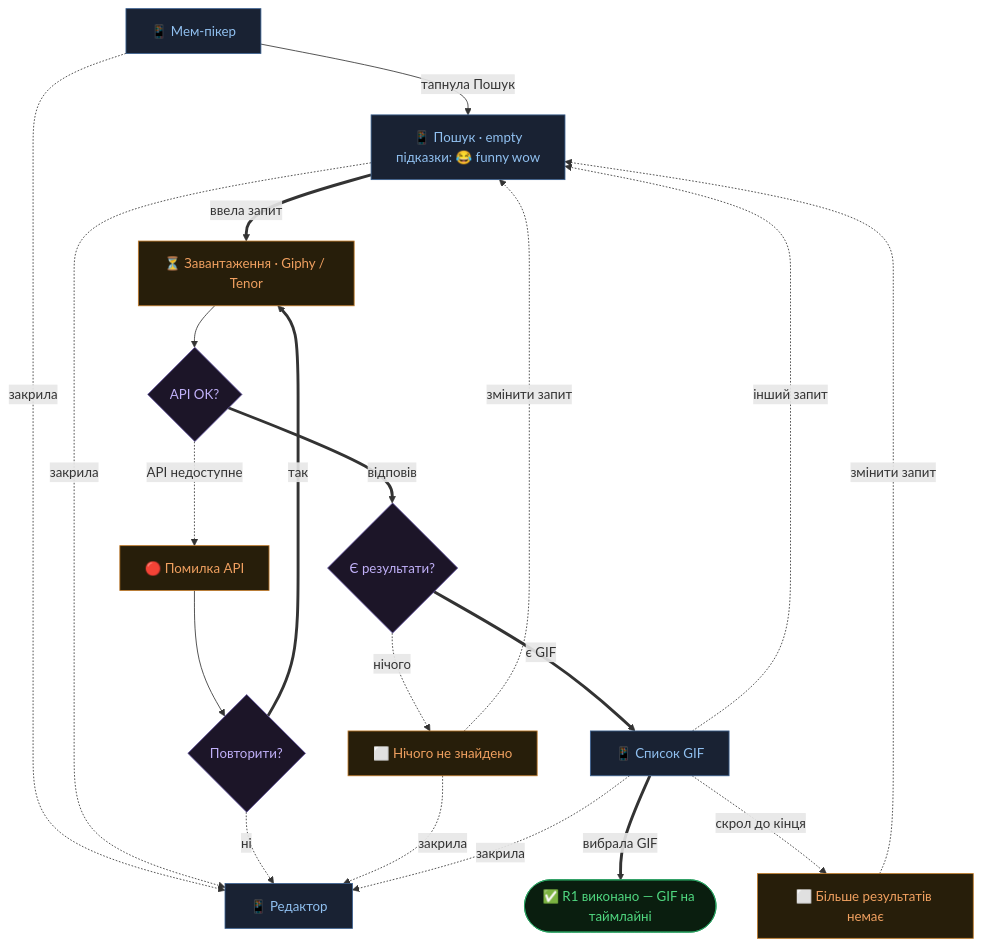
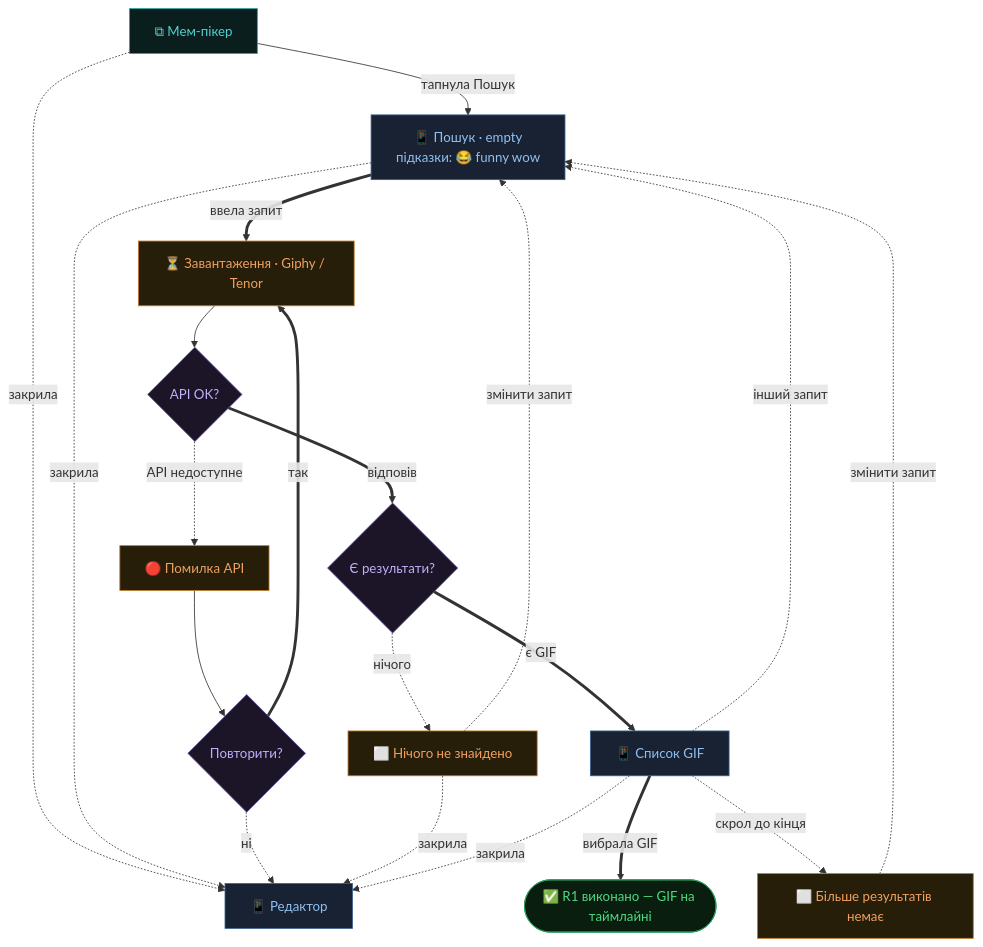
One commit to Zhmenya92/Memkat changed the second of 6 diagrams in research/flows.md. Above: the diagram before and after it, drawn with Mermaid. The commit also changed other lines of this file and 3 other files, not shown here.

````diff
--- a/research/flows.md
+++ b/research/flows.md
@@ -74,32 +76,33 @@
 ```mermaid
 flowchart TD
     classDef screen  fill:#192233,stroke:#3a6090,color:#90c0f0
+    classDef panel   fill:#0a1e1e,stroke:#28a0a0,color:#50d0d0
     classDef state   fill:#271e0a,stroke:#c07a28,color:#f0a060
     classDef decide  fill:#1c1528,stroke:#6050a0,color:#c0b0f8
     classDef ok      fill:#0a1e0f,stroke:#28a060,color:#50d880
     classDef fail    fill:#22080a,stroke:#903030,color:#f05060
 
-    MP["📱 Мем-пікер"]:::screen -- тапнула Пошук --> SRCH_E["📱 Пошук · empty\nпідказки: 😂 funny wow"]:::screen
+    MP["⧉ Мем-пікер"]:::panel -- тапнула Пошук --> SRCH_E["📱 Пошук · empty\nпідказки: 😂 funny wow"]:::screen
     MP -. закрила .-> ED["📱 Редактор"]:::screen
 
     SRCH_E == ввела запит ==> SRCH_L["⏳ Завантаження · Giphy / Tenor"]:::state
     SRCH_E -. закрила .-> ED
 
     SRCH_L --> QA{API OK?}:::decide
     QA -. API недоступне .-> SRCH_ERR["🔴 Помилка API"]:::state
     SRCH_ERR --> QAR{Повторити?}:::decide
     QAR == так ==> SRCH_L
     QAR -. ні .-> ED
 
     QA == відповів ==> QR{Є результати?}:::decide
     QR -. нічого .-> SRCH_NR["⬜ Нічого не знайдено"]:::state
     SRCH_NR -. змінити запит .-> SRCH_E
     SRCH_NR -. закрила .-> ED
     QR == є GIF ==> LIST["📱 Список GIF"]:::screen
 
     LIST -. інший запит .-> SRCH_E
     LIST -. закрила .-> ED
     LIST == вибрала GIF ==> OK(["✅ R1 виконано — GIF на таймлайні"]):::ok
     LIST -. скрол до кінця .-> LIST_END["⬜ Більше результатів немає"]:::state
     LIST_END -. змінити запит .-> SRCH_E
 ```
````
